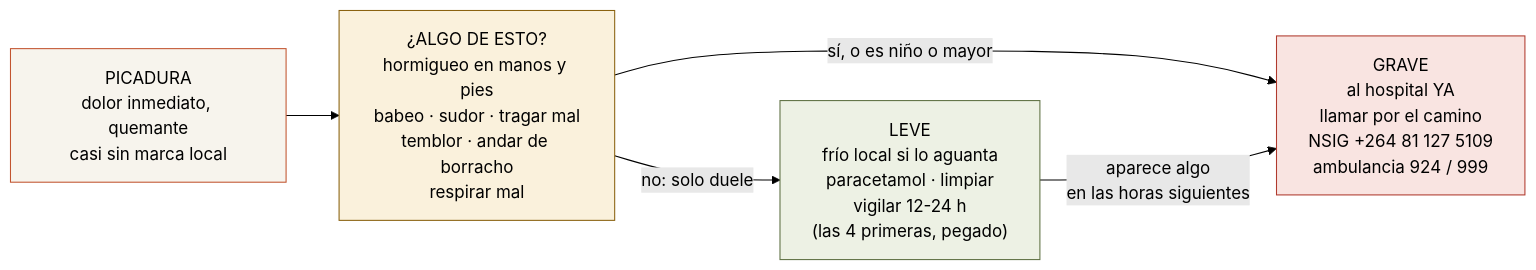
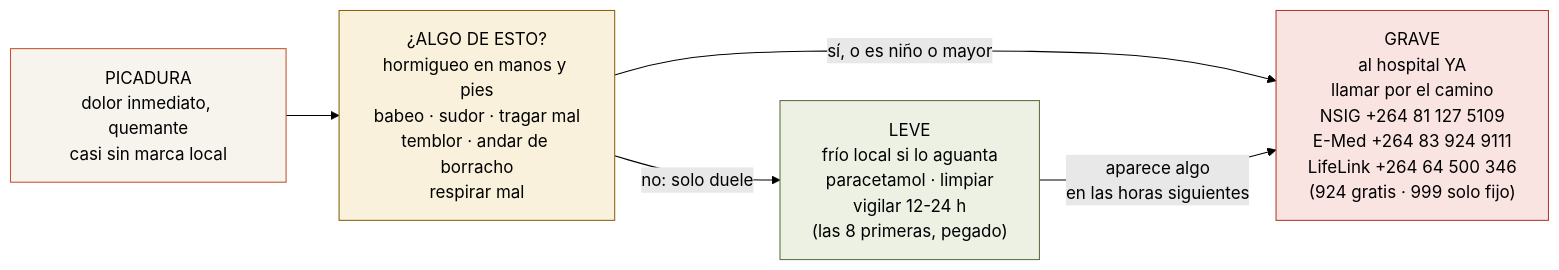
One commit to morandeirachema/namibia changed the diagram in 22-picadura-de-escorpion.md. Above: the diagram before and after it, drawn with Mermaid (forest theme). The commit also changed other lines of this file and 60 other files, not shown here.

````diff
--- a/22-picadura-de-escorpion.md
+++ b/22-picadura-de-escorpion.md
@@ -23,12 +23,12 @@
 ```mermaid
 flowchart LR
 %% ancho
     P["PICADURA<br/>dolor inmediato, quemante<br/>casi sin marca local"] --> Q["¿ALGO DE ESTO?<br/>hormigueo en manos y pies<br/>babeo · sudor · tragar mal<br/>temblor · andar de borracho<br/>respirar mal"]
-    Q -- "no: solo duele" --> L["LEVE<br/>frío local si lo aguanta<br/>paracetamol · limpiar<br/>vigilar 12-24 h<br/>(las 4 primeras, pegado)"]
-    Q -- "sí, o es niño o mayor" --> G["GRAVE<br/>al hospital YA<br/>llamar por el camino<br/>NSIG +264 81 127 5109<br/>ambulancia 924 / 999"]
+    Q -- "no: solo duele" --> L["LEVE<br/>frío local si lo aguanta<br/>paracetamol · limpiar<br/>vigilar 12-24 h<br/>(las 8 primeras, pegado)"]
+    Q -- "sí, o es niño o mayor" --> G["GRAVE<br/>al hospital YA<br/>llamar por el camino<br/>NSIG +264 81 127 5109<br/>E-Med +264 83 924 9111<br/>LifeLink +264 64 500 346<br/>(924 gratis · 999 solo fijo)"]
     L -- "aparece algo<br/>en las horas siguientes" --> G
     style P fill:#F7F4ED,stroke:#C2542F
     style Q fill:#FAF1DC,stroke:#8A6210
     style L fill:#EDF1E4,stroke:#5F7043
     style G fill:#F9E4E1,stroke:#B03A2E
 ```
````
